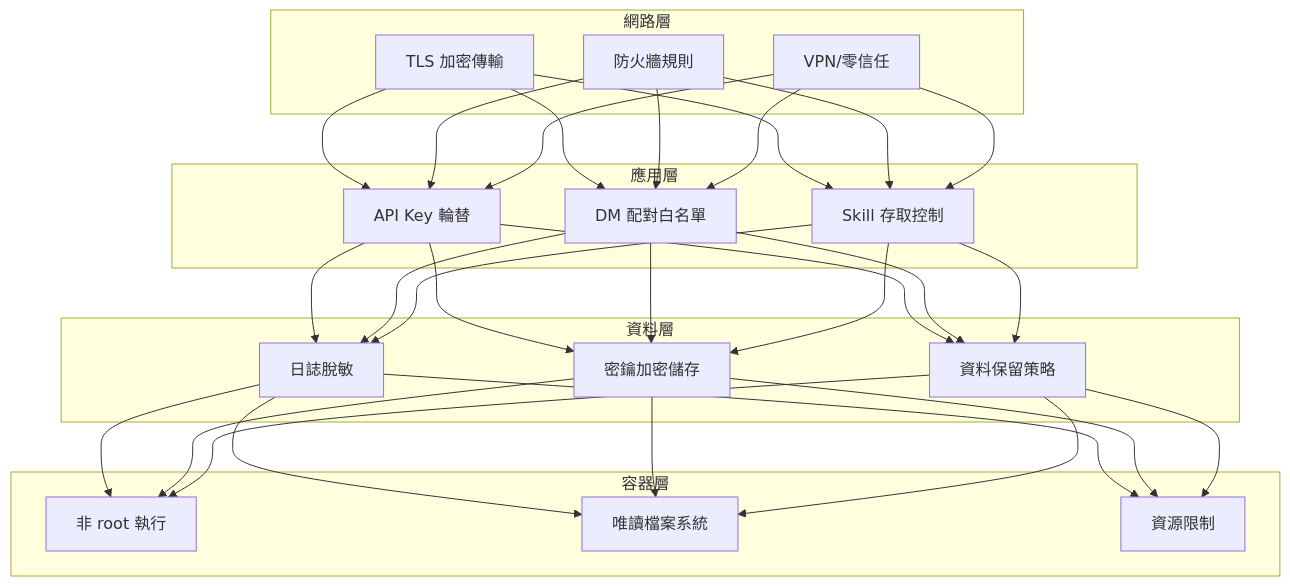
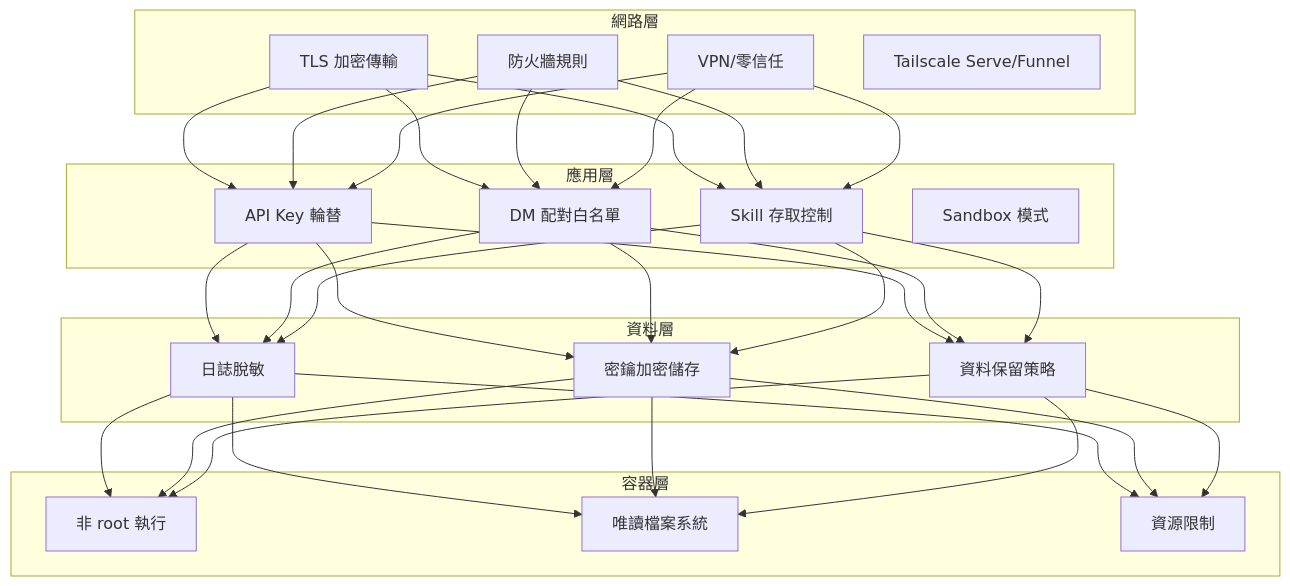
One commit to chihhung/Blog changed diagram 27 of 51 in content/posts/教學/AI開發/OpenClaw生態系教學手冊.md. Above: the diagram before and after it, drawn with Mermaid. The commit also changed other lines of this file, not shown here.

````diff
--- a/content/posts/教學/AI開發/OpenClaw生態系教學手冊.md
+++ b/content/posts/教學/AI開發/OpenClaw生態系教學手冊.md
@@ -4340,30 +4482,32 @@
 ```mermaid
 flowchart TD
     subgraph "網路層"
         N1[TLS 加密傳輸]
         N2[防火牆規則]
         N3[VPN/零信任]
+        N4[Tailscale Serve/Funnel]
     end
     
     subgraph "應用層"
         A1[API Key 輪替]
         A2[DM 配對白名單]
         A3[Skill 存取控制]
+        A4[Sandbox 模式]
     end
     
     subgraph "資料層"
         D1[日誌脫敏]
         D2[密鑰加密儲存]
         D3[資料保留策略]
     end
     
     subgraph "容器層"
         C1[非 root 執行]
         C2[唯讀檔案系統]
         C3[資源限制]
     end
     
     N1 & N2 & N3 --> A1 & A2 & A3
     A1 & A2 & A3 --> D1 & D2 & D3
     D1 & D2 & D3 --> C1 & C2 & C3
 ```
````
